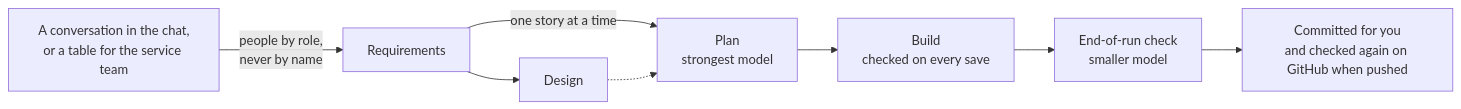
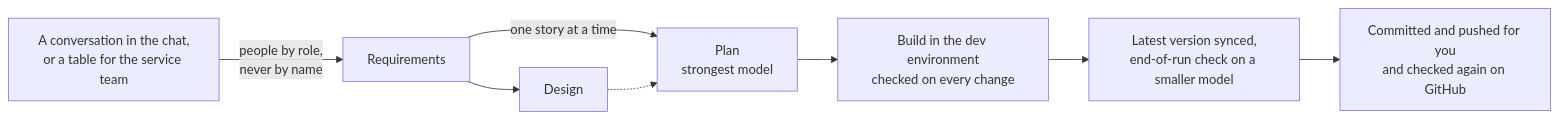
The diagram in README.md (dbraben/lbbexley-ai-build-workshop), drawn with Mermaid before and after one commit. The commit also changed other lines of this file and 20 other files, not shown here.

Commit message:
Bexley AI build harness workshop 0.6.0: building in a dev environment

````diff
--- a/README.md
+++ b/README.md
@@ -23,10 +23,10 @@
 ```mermaid
 flowchart LR
     talk["A conversation in the chat,<br/>or a table for the service team"] -- "people by role,<br/>never by name" --> req["Requirements"]
     req --> design["Design"]
     req -- "one story at a time" --> plan["Plan<br/>strongest model"]
     design -.-> plan
-    plan --> build["Build<br/>checked on every save"]
-    build --> check["End-of-run check<br/>smaller model"]
-    check --> save["Committed for you<br/>and checked again on GitHub when pushed"]
+    plan --> build["Build in the dev environment<br/>checked on every change"]
+    build --> check["Latest version synced,<br/>end-of-run check on a smaller model"]
+    check --> save["Committed and pushed for you<br/>and checked again on GitHub"]
 ```
````
